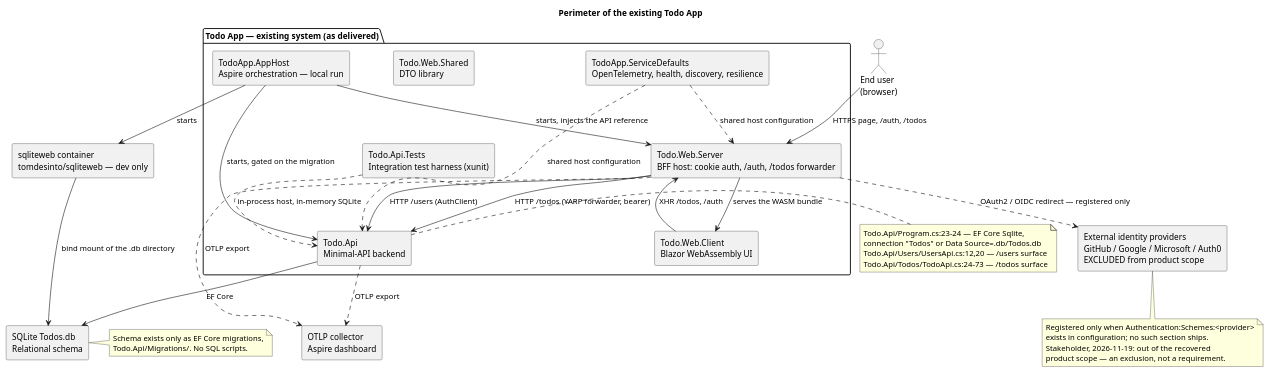
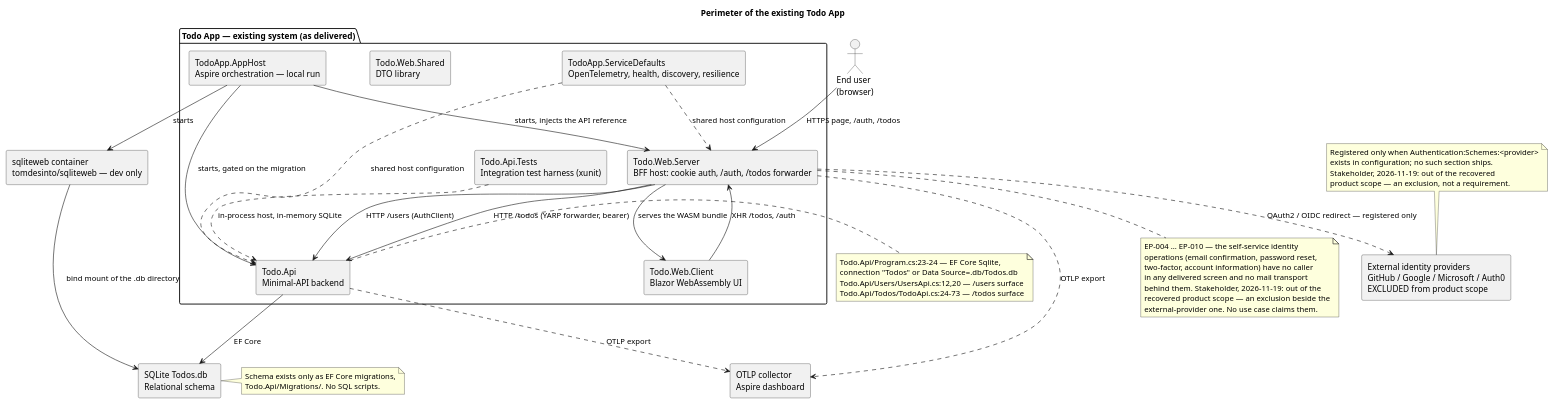
Before and after one commit to banense-test/TodoApp: the first of 7 diagrams in docs/artifacts/discovery/system-inventory.md, drawn with PlantUML. The commit also changed other lines of this file, not shown here.

````diff
--- a/docs/artifacts/discovery/system-inventory.md
+++ b/docs/artifacts/discovery/system-inventory.md
@@ -16,60 +17,70 @@
 ```plantuml
 @startuml
 title Perimeter of the existing Todo App
 skinparam componentStyle rectangle
 skinparam shadowing false
 
 actor "End user\n(browser)" as USER
 
 package "Todo App — existing system (as delivered)" {
   component "TodoApp.AppHost\nAspire orchestration — local run" as APPHOST
   component "Todo.Web.Server\nBFF host: cookie auth, /auth, /todos forwarder" as WEBSRV
   component "Todo.Web.Client\nBlazor WebAssembly UI" as WEBUI
   component "Todo.Web.Shared\nDTO library" as SHARED
   component "Todo.Api\nMinimal-API backend" as API
   component "TodoApp.ServiceDefaults\nOpenTelemetry, health, discovery, resilience" as SVCDEF
   component "Todo.Api.Tests\nIntegration test harness (xunit)" as TESTS
 }
 
 component "SQLite Todos.db\nRelational schema" as DB
 component "External identity providers\nGitHub / Google / Microsoft / Auth0\nEXCLUDED from product scope" as IDP
 component "OTLP collector\nAspire dashboard" as OTLP
 component "sqliteweb container\ntomdesinto/sqliteweb — dev only" as SQLITEWEB
 
 USER --> WEBSRV : HTTPS page, /auth, /todos
 WEBSRV --> WEBUI : serves the WASM bundle
 WEBUI --> WEBSRV : XHR /todos, /auth
 WEBSRV --> API : HTTP /users (AuthClient)
 WEBSRV --> API : HTTP /todos (YARP forwarder, bearer)
 WEBSRV ..> IDP : OAuth2 / OIDC redirect — registered only
 API --> DB : EF Core
 SQLITEWEB --> DB : bind mount of the .db directory
 APPHOST --> API : starts, gated on the migration
 APPHOST --> WEBSRV : starts, injects the API reference
 APPHOST --> SQLITEWEB : starts
 SVCDEF ..> API : shared host configuration
 SVCDEF ..> WEBSRV : shared host configuration
 API ..> OTLP : OTLP export
 WEBSRV ..> OTLP : OTLP export
 TESTS ..> API : in-process host, in-memory SQLite
 
 note right of API
   Todo.Api/Program.cs:23-24 — EF Core Sqlite,
   connection "Todos" or Data Source=.db/Todos.db
   Todo.Api/Users/UsersApi.cs:12,20 — /users surface
   Todo.Api/Todos/TodoApi.cs:24-73 — /todos surface
 end note
 
-note bottom of IDP
+note top of IDP
   Registered only when Authentication:Schemes:<provider>
   exists in configuration; no such section ships.
   Stakeholder, 2026-11-19: out of the recovered
   product scope — an exclusion, not a requirement.
+end note
+
+note bottom of WEBSRV
+  EP-004 … EP-010 — the self-service identity
+  operations (email confirmation, password reset,
+  two-factor, account information) have no caller
+  in any delivered screen and no mail transport
+  behind them. Stakeholder, 2026-11-19: out of the
+  recovered product scope — an exclusion beside the
+  external-provider one. No use case claims them.
 end note
 
 note right of DB
   Schema exists only as EF Core migrations,
   Todo.Api/Migrations/. No SQL scripts.
 end note
 @enduml
 ```
````
